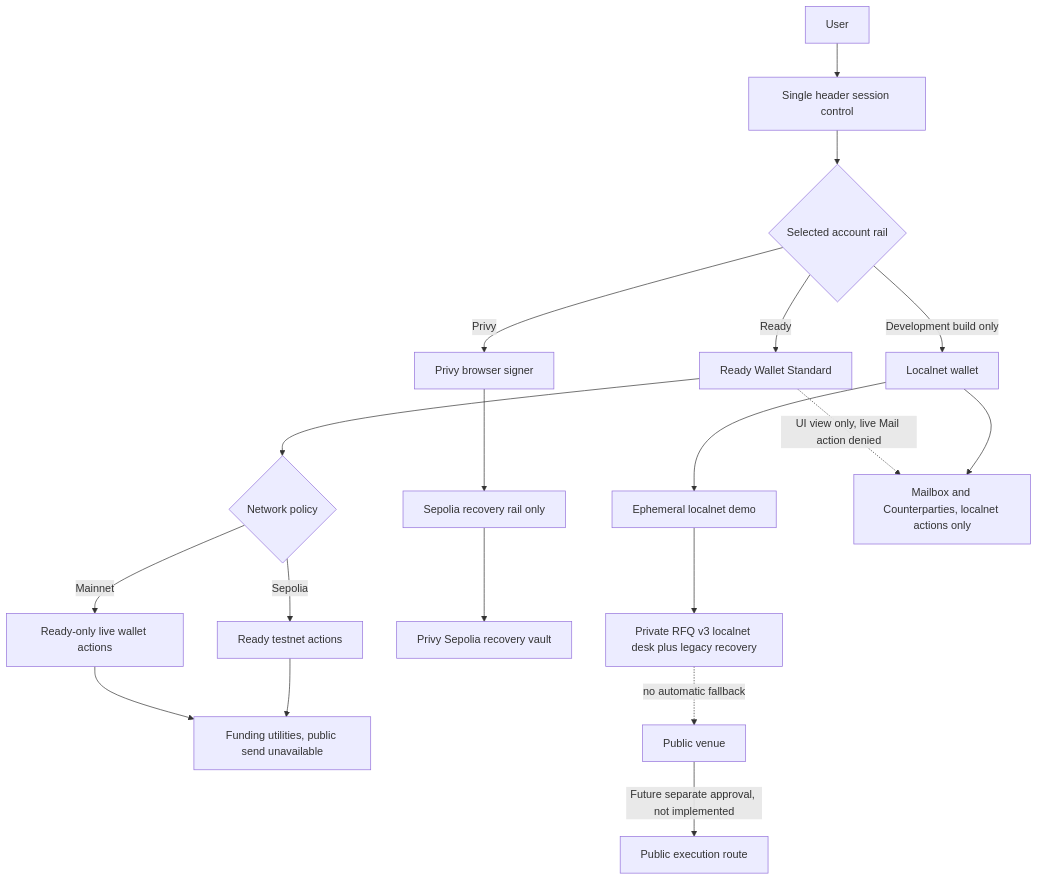
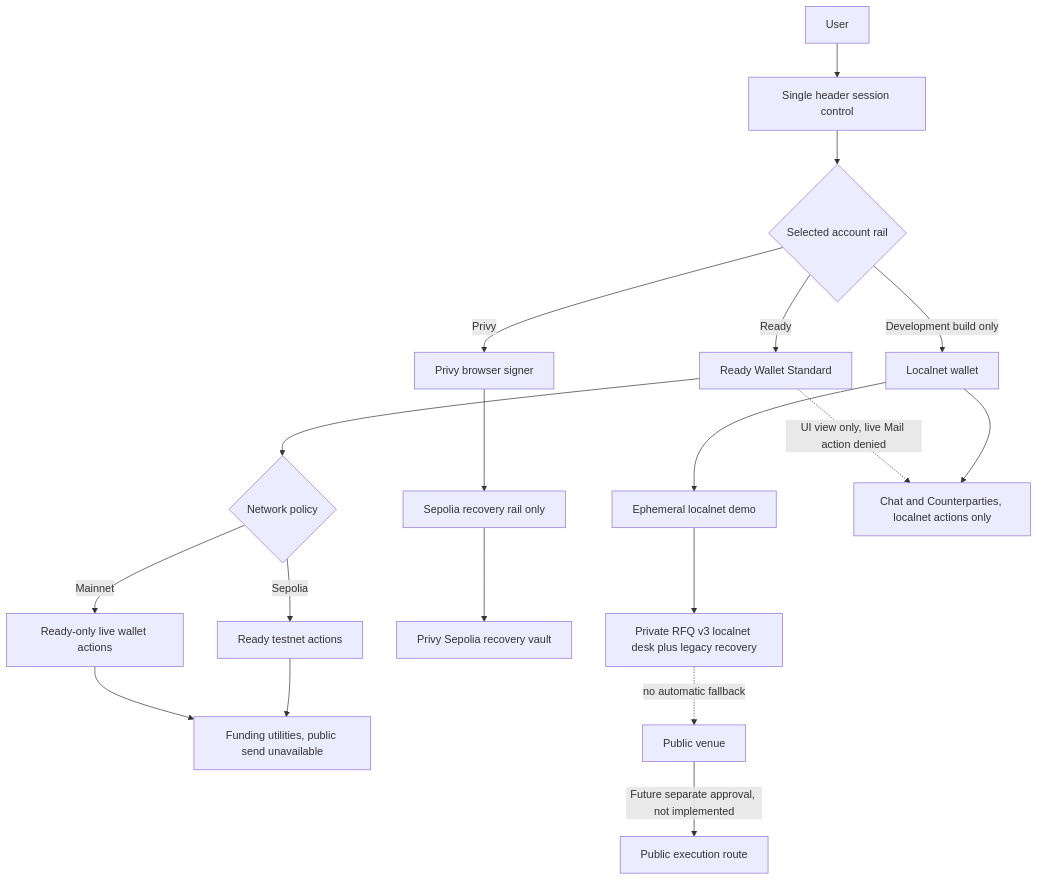
Before and after one commit to gstohl/app20: the first of 10 diagrams in docs/APP20_PROCESS_DIAGRAMS.md, drawn with Mermaid. The commit also changed 41 other files, not shown here.

````diff
--- a/docs/APP20_PROCESS_DIAGRAMS.md
+++ b/docs/APP20_PROCESS_DIAGRAMS.md
@@ -7,26 +7,26 @@
 ```mermaid
 flowchart TD
     U[User] --> H[Single header session control]
     H --> R{Selected account rail}
 
     R -->|Ready| RW[Ready Wallet Standard]
     R -->|Privy| PV[Privy browser signer]
     R -->|Development build only| LW[Localnet wallet]
 
     RW --> RN{Network policy}
     RN -->|Mainnet| RM[Ready-only live wallet actions]
     RN -->|Sepolia| RS[Ready testnet actions]
 
     PV --> PS[Sepolia recovery rail only]
     LW --> LD[Ephemeral localnet demo]
 
     RM --> V[Funding utilities, public send unavailable]
     RS --> V
     PS --> PR[Privy Sepolia recovery vault]
     LD --> D[Private RFQ v3 localnet desk plus legacy recovery]
-    RW -. UI view only, live Mail action denied .-> M[Mailbox and Counterparties, localnet actions only]
+    RW -. UI view only, live Mail action denied .-> M[Chat and Counterparties, localnet actions only]
     LW --> M
 
     D -. no automatic fallback .-> X[Public venue]
     X -->|Future separate approval, not implemented| PX[Public execution route]
 ```
````
